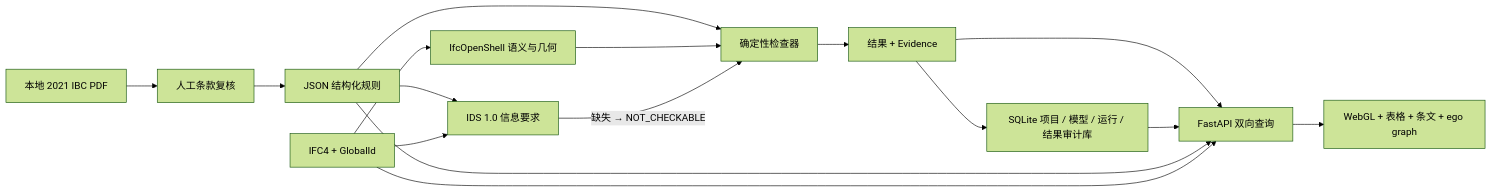
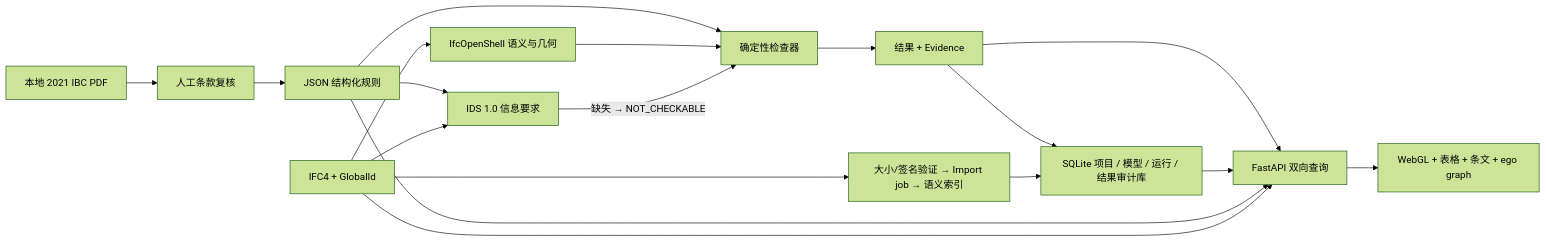
The first of 2 diagrams in docs/architecture.md (ralin0225/ifc-bidirectional-compliance-mvd), drawn with Mermaid (forest theme) before and after one commit. The commit also changed other lines of this file and 21 other files, not shown here.

Commit message:
feat: import and index local IFC models

````diff
--- a/docs/architecture.md
+++ b/docs/architecture.md
@@ -11,18 +11,20 @@
 ```mermaid
 flowchart LR
     PDF["本地 2021 IBC PDF"] --> Review["人工条款复核"]
     Review --> Rules["JSON 结构化规则"]
     Rules --> IDS["IDS 1.0 信息要求"]
     Rules --> Engine["确定性检查器"]
     IFC["IFC4 + GlobalId"] --> IDS
     IFC --> IfcOS["IfcOpenShell 语义与几何"]
     IfcOS --> Engine
     IDS -->|"缺失 → NOT_CHECKABLE"| Engine
     Engine --> Results["结果 + Evidence"]
     Results --> API["FastAPI 双向查询"]
     Results --> SQLite["SQLite 项目 / 模型 / 运行 / 结果审计库"]
+    IFC --> Import["大小/签名验证 → Import job → 语义索引"]
+    Import --> SQLite
     SQLite --> API
     Rules --> API
     IFC --> API
     API --> UI["WebGL + 表格 + 条文 + ego graph"]
 ```
````
